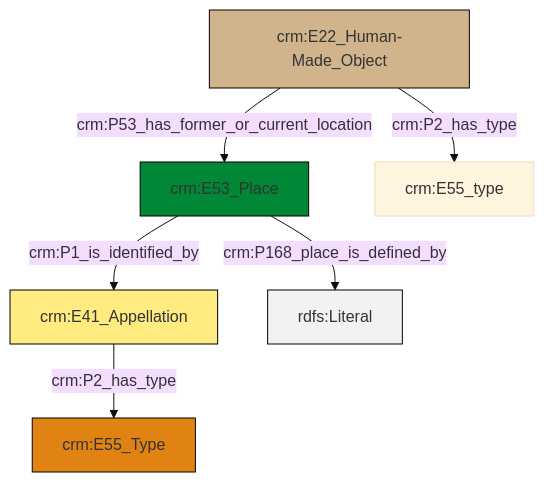
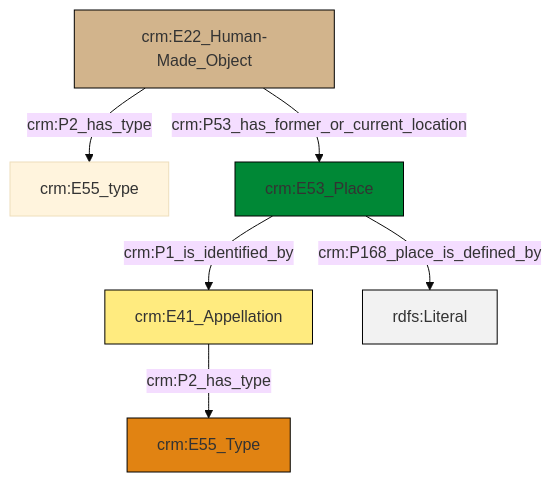
One commit to swiss-art-research-net/reference-data-models changed the diagram in et/builtWorkCSV/ttl/mmd/Built_Work_location.ttl.mmd. Above: the diagram before and after it, drawn with Mermaid (base theme). The commit also changed 125 other files, not shown here.

```diff
--- a/et/builtWorkCSV/ttl/mmd/Built_Work_location.ttl.mmd
+++ b/et/builtWorkCSV/ttl/mmd/Built_Work_location.ttl.mmd
@@ -1,20 +1,20 @@
 graph TD
 classDef Literal fill:#f2f2f2,stroke:#000000;
 classDef CRM_Entity fill:#FFFFFF,stroke:#000000;
 classDef Temporal_Entity fill:#00C9E6, stroke:#000000;
 classDef Type fill:#E18312, stroke:#000000;
 classDef Time-Span fill:#2C9C91, stroke:#000000;
 classDef Appellation fill:#FFEB7F, stroke:#000000;
 classDef Place fill:#008836, stroke:#000000;
 classDef Persistent_Item fill:#B266B2, stroke:#000000;
 classDef Conceptual_Object fill:#FFD700, stroke:#000000;
 classDef Physical_Thing fill:#D2B48C, stroke:#000000;
 classDef Actor fill:#f58aad, stroke:#000000;
 classDef PC_Classes fill:#4ce600, stroke:#000000;
 classDef Multi fill:#cccccc,stroke:#000000;
 
-0["crm:E22_Human-Made_Object"]:::Physical_Thing -->|crm:P53_has_former_or_current_location| 1["crm:E53_Place"]:::Place
-1["crm:E53_Place"]:::Place -->|crm:P1_is_identified_by| 2["crm:E41_Appellation"]:::Appellation
-0["crm:E22_Human-Made_Object"]:::Physical_Thing -->|crm:P2_has_type| 7["crm:E55_type"]:::Default
-1["crm:E53_Place"]:::Place -->|crm:P168_place_is_defined_by| 10[rdfs:Literal]:::Literal
-2["crm:E41_Appellation"]:::Appellation -->|crm:P2_has_type| 4["crm:E55_Type"]:::Type
+2["crm:E41_Appellation"]:::Appellation -->|crm:P2_has_type| 3["crm:E55_Type"]:::Type
+0["crm:E22_Human-Made_Object"]:::Physical_Thing -->|crm:P53_has_former_or_current_location| 7["crm:E53_Place"]:::Place
+7["crm:E53_Place"]:::Place -->|crm:P168_place_is_defined_by| 9[rdfs:Literal]:::Literal
+7["crm:E53_Place"]:::Place -->|crm:P1_is_identified_by| 2["crm:E41_Appellation"]:::Appellation
+0["crm:E22_Human-Made_Object"]:::Physical_Thing -->|crm:P2_has_type| 4["crm:E55_type"]:::Default
```
